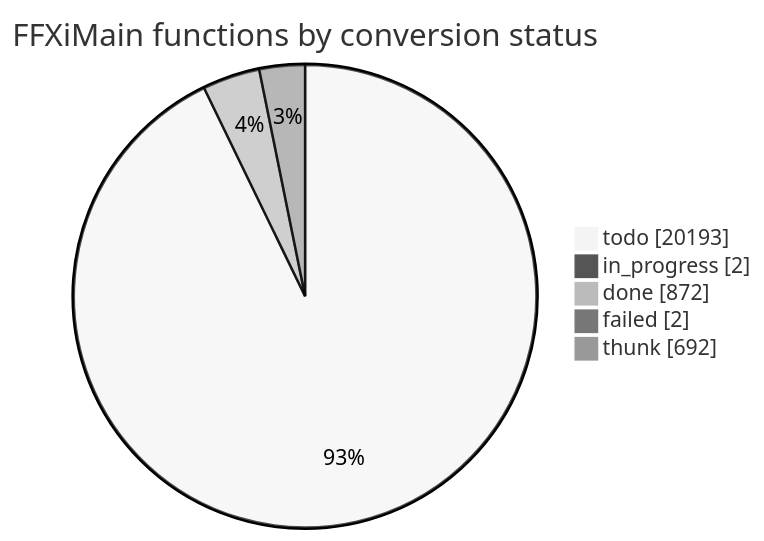
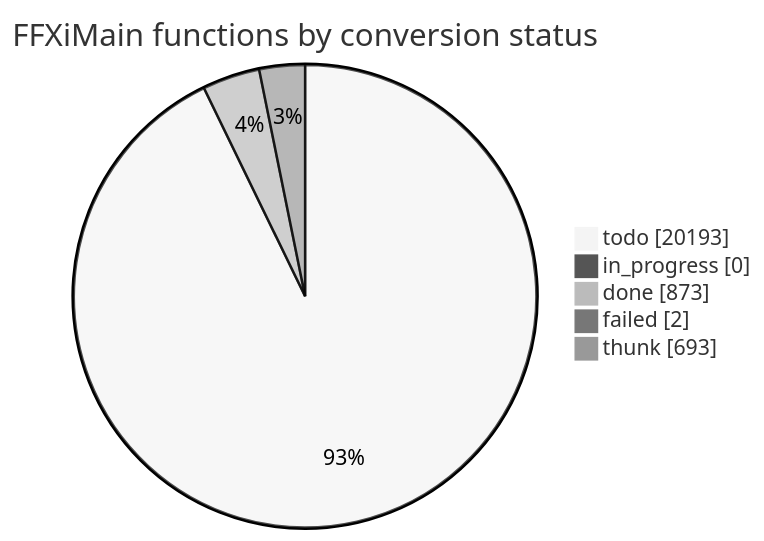
The diagram in docs/cow/STATUS.md (cowrevenge/cow_kuluu_xi_anything), drawn with Mermaid (neutral theme) before and after one commit. The commit also changed other lines of this file and 9 other files, not shown here.

````diff
--- a/docs/cow/STATUS.md
+++ b/docs/cow/STATUS.md
@@ -18,9 +18,9 @@
 ```mermaid
 pie showData
     title FFXiMain functions by conversion status
     "todo" : 20193
-    "in_progress" : 2
-    "done" : 872
+    "in_progress" : 0
+    "done" : 873
     "failed" : 2
-    "thunk" : 692
+    "thunk" : 693
 ```
````
